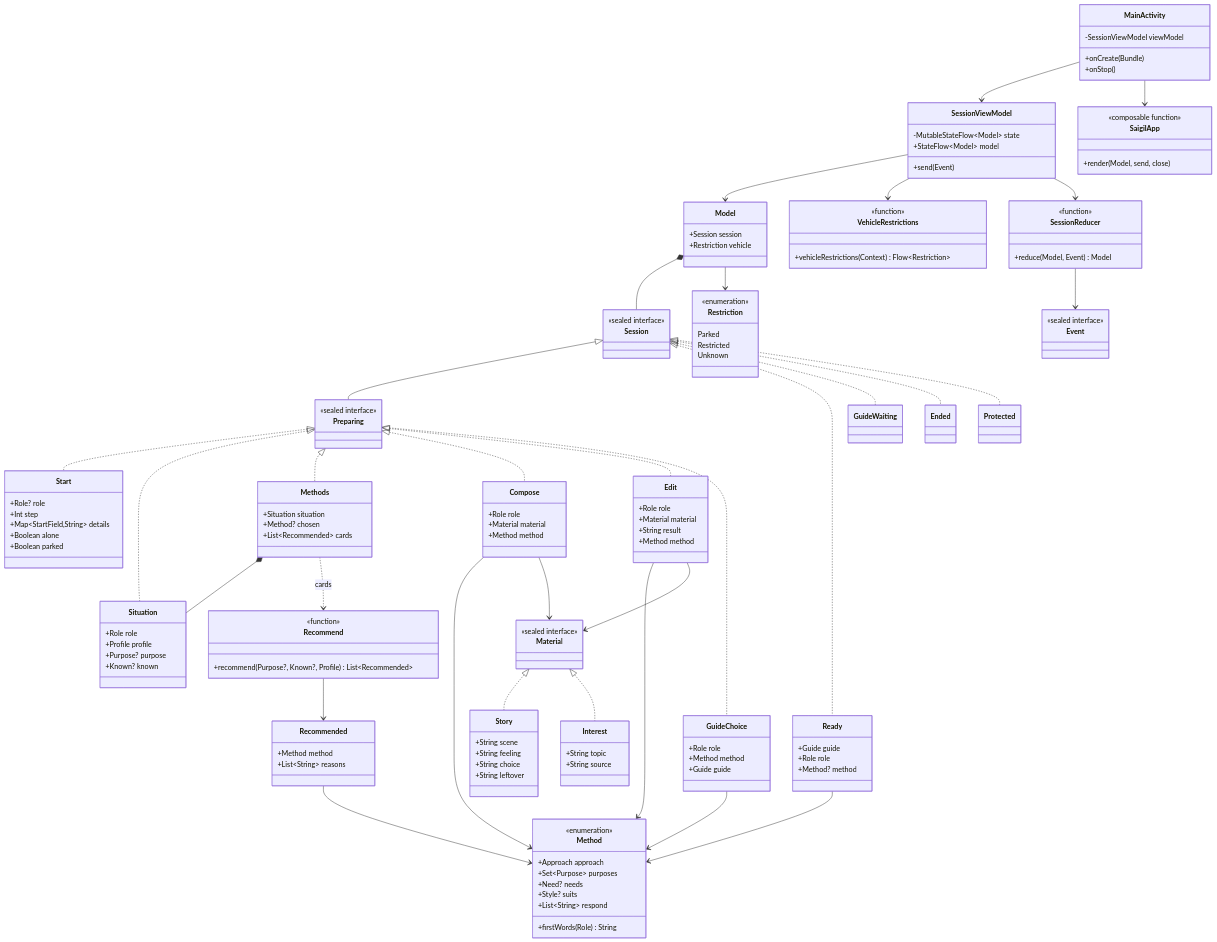
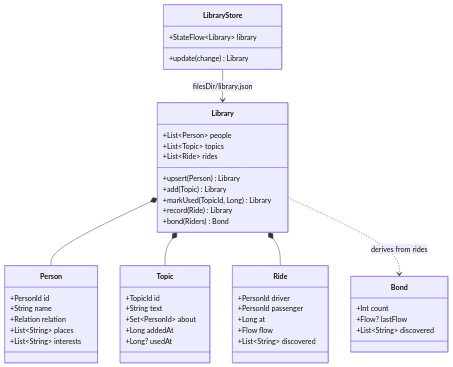
The first of 5 diagrams in docs/class-diagram.md (kanghwayuri/SAIGIL), drawn with Mermaid before and after one commit. The commit also changed other lines of this file and 1 other file, not shown here.

````diff
--- a/docs/class-diagram.md
+++ b/docs/class-diagram.md
@@ -9,147 +9,48 @@
 ```mermaid
 classDiagram
-    class MainActivity {
-        -SessionViewModel viewModel
-        +onCreate(Bundle)
-        +onStop()
+    class Library {
+        +List~Person~ people
+        +List~Topic~ topics
+        +List~Ride~ rides
+        +upsert(Person) Library
+        +add(Topic) Library
+        +markUsed(TopicId, Long) Library
+        +record(Ride) Library
+        +bond(Riders) Bond
     }
-    class SessionViewModel {
-        -MutableStateFlow~Model~ state
-        +StateFlow~Model~ model
-        +send(Event)
+    class Person {
+        +PersonId id
+        +String name
+        +Relation relation
+        +List~String~ places
+        +List~String~ interests
     }
-    class Model {
-        +Session session
-        +Restriction vehicle
+    class Topic {
+        +TopicId id
+        +String text
+        +Set~PersonId~ about
+        +Long addedAt
+        +Long? usedAt
     }
-    class Session {
-        <<sealed interface>>
+    class Ride {
+        +PersonId driver
+        +PersonId passenger
+        +Long at
+        +Flow flow
+        +List~String~ discovered
     }
-    class Preparing {
-        <<sealed interface>>
+    class Bond {
+        +Int count
+        +Flow? lastFlow
+        +List~String~ discovered
     }
-    class Start {
-        +Role? role
-        +Int step
-        +Map~StartField,String~ details
-        +Boolean alone
-        +Boolean parked
+    class LibraryStore {
+        +StateFlow~Library~ library
+        +update(change) Library
     }
-    class Situation {
-        +Role role
-        +Profile profile
-        +Purpose? purpose
-        +Known? known
-    }
-    class Methods {
-        +Situation situation
-        +Method? chosen
-        +List~Recommended~ cards
-    }
-    class Compose {
-        +Role role
-        +Material material
-        +Method method
-    }
-    class Edit {
-        +Role role
-        +Material material
-        +String result
-        +Method method
-    }
-    class GuideChoice {
-        +Role role
-        +Method method
-        +Guide guide
-    }
-    class Ready {
-        +Guide guide
-        +Role role
-        +Method? method
-    }
-    class Method {
-        <<enumeration>>
-        +Approach approach
-        +Set~Purpose~ purposes
-        +Need? needs
-        +Style? suits
-        +firstWords(Role) String
-        +List~String~ respond
-    }
-    class Recommended {
-        +Method method
-        +List~String~ reasons
-    }
-    class Recommend {
-        <<function>>
-        +recommend(Purpose?, Known?, Profile) List~Recommended~
-    }
-    class GuideWaiting
-    class Ended
-    class Protected
-    class Material {
-        <<sealed interface>>
-    }
-    class Story {
-        +String scene
-        +String feeling
-        +String choice
-        +String leftover
-    }
-    class Interest {
-        +String topic
-        +String source
-    }
-    class Event {
-        <<sealed interface>>
-    }
-    class Restriction {
-        <<enumeration>>
-        Parked
-        Restricted
-        Unknown
-    }
-    class VehicleRestrictions {
-        <<function>>
-        +vehicleRestrictions(Context) Flow~Restriction~
-    }
-    class SessionReducer {
-        <<function>>
-        +reduce(Model, Event) Model
-    }
-    class SaigilApp {
-        <<composable function>>
-        +render(Model, send, close)
-    }
-    MainActivity --> SessionViewModel
-    MainActivity --> SaigilApp
-    SessionViewModel --> Model
-    SessionViewModel --> VehicleRestrictions
-    SessionViewModel --> SessionReducer
-    Model *-- Session
-    Model --> Restriction
-    Session <|-- Preparing
-    Preparing <|.. Start
-    Preparing <|.. Situation
-    Preparing <|.. Methods
-    Preparing <|.. Compose
-    Preparing <|.. Edit
-    Preparing <|.. GuideChoice
-    Session <|.. Ready
-    Session <|.. GuideWaiting
-    Session <|.. Ended
-    Session <|.. Protected
-    Methods *-- Situation
-    Methods ..> Recommend : cards
-    Recommend --> Recommended
-    Recommended --> Method
-    Compose --> Method
-    Edit --> Method
-    GuideChoice --> Method
-    Ready --> Method
-    Compose --> Material
-    Edit --> Material
-    Material <|.. Story
-    Material <|.. Interest
-    SessionReducer --> Event
+    Library *-- Person
+    Library *-- Topic
+    Library *-- Ride
+    Library ..> Bond : derives from rides
+    LibraryStore --> Library : filesDir/library.json
 ```
````
